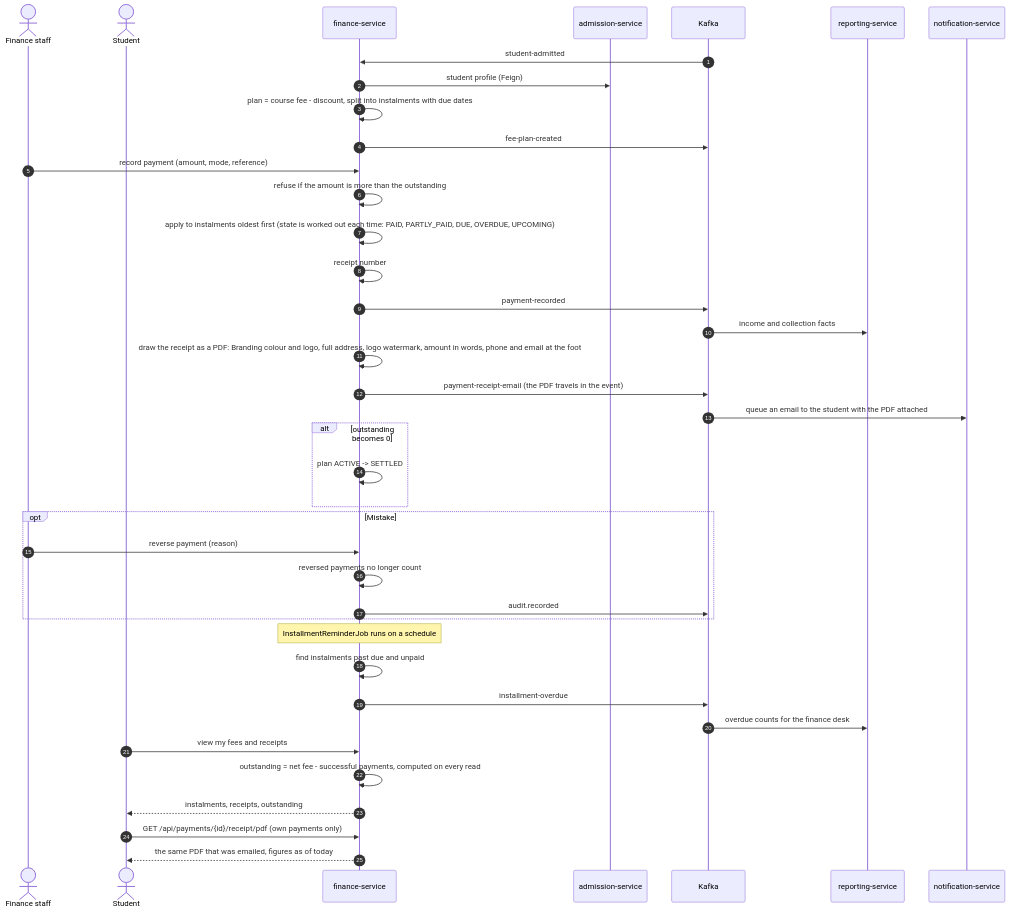
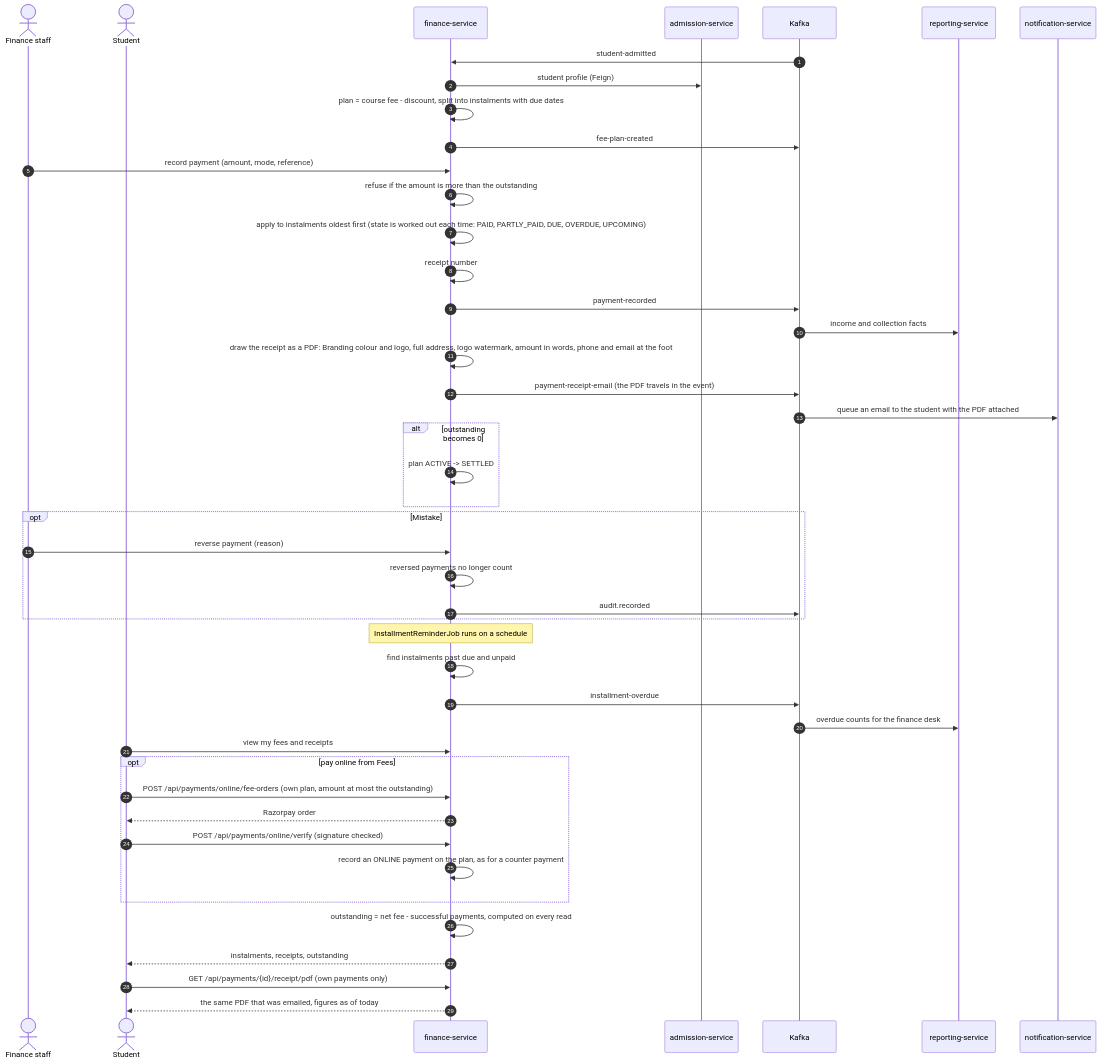
Before and after one commit to rohanrk2810/ITLMS: the diagram in docs/diagrams/flows/29-fee-payment.mmd, drawn with Mermaid. The commit also changed 14 other files, not shown here.

Commit message:
Fees: a student pays an installment, part or the whole balance of their fee plan online, and a fee payment can never open a course

```diff
--- a/docs/diagrams/flows/29-fee-payment.mmd
+++ b/docs/diagrams/flows/29-fee-payment.mmd
@@ -1,43 +1,49 @@
 sequenceDiagram
     autonumber
     actor F as Finance staff
     actor S as Student
     participant FI as finance-service
     participant AD as admission-service
     participant K as Kafka
     participant RP as reporting-service
     participant NO as notification-service
 
     K->>FI: student-admitted
     FI->>AD: student profile (Feign)
     FI->>FI: plan = course fee - discount, split into instalments with due dates
     FI->>K: fee-plan-created
 
     F->>FI: record payment (amount, mode, reference)
     FI->>FI: refuse if the amount is more than the outstanding
     FI->>FI: apply to instalments oldest first (state is worked out each time: PAID, PARTLY_PAID, DUE, OVERDUE, UPCOMING)
     FI->>FI: receipt number
     FI->>K: payment-recorded
     K->>RP: income and collection facts
     FI->>FI: draw the receipt as a PDF: Branding colour and logo, full address, logo watermark, amount in words, phone and email at the foot
     FI->>K: payment-receipt-email (the PDF travels in the event)
     K->>NO: queue an email to the student with the PDF attached
     alt outstanding becomes 0
         FI->>FI: plan ACTIVE -> SETTLED
     end
 
     opt Mistake
         F->>FI: reverse payment (reason)
         FI->>FI: reversed payments no longer count
         FI->>K: audit.recorded
     end
 
     Note over FI: InstallmentReminderJob runs on a schedule
     FI->>FI: find instalments past due and unpaid
     FI->>K: installment-overdue
     K->>RP: overdue counts for the finance desk
     S->>FI: view my fees and receipts
+    opt pay online from Fees
+        S->>FI: POST /api/payments/online/fee-orders (own plan, amount at most the outstanding)
+        FI-->>S: Razorpay order
+        S->>FI: POST /api/payments/online/verify (signature checked)
+        FI->>FI: record an ONLINE payment on the plan, as for a counter payment
+    end
     FI->>FI: outstanding = net fee - successful payments, computed on every read
     FI-->>S: instalments, receipts, outstanding
     S->>FI: GET /api/payments/{id}/receipt/pdf (own payments only)
     FI-->>S: the same PDF that was emailed, figures as of today
```
